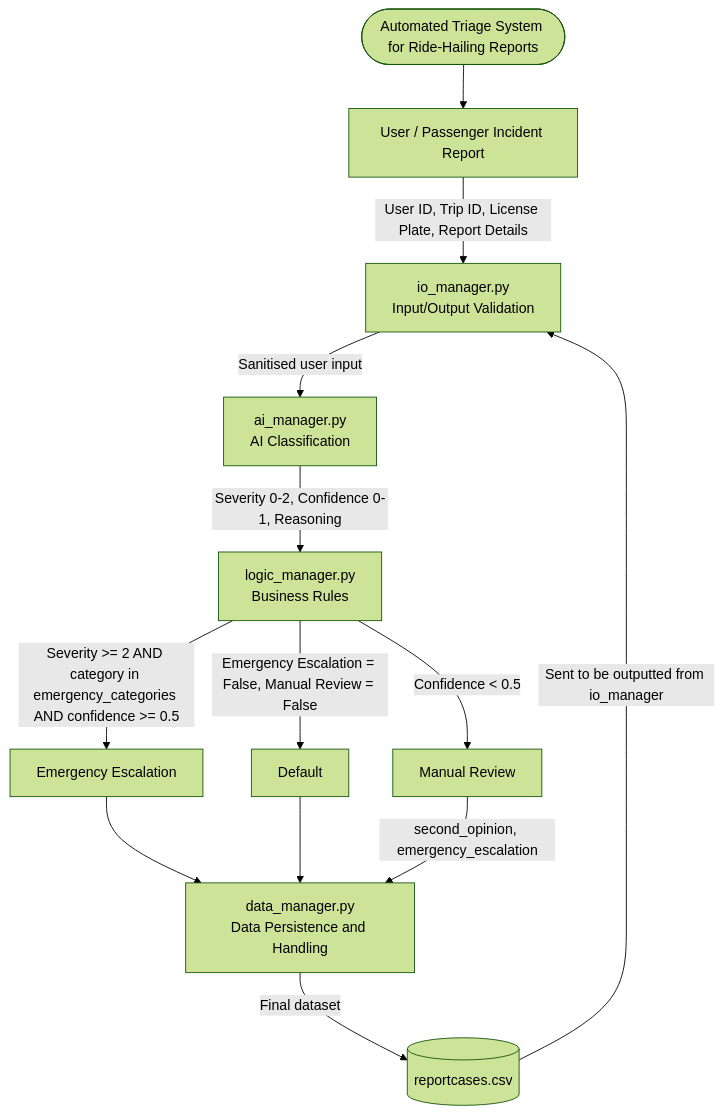
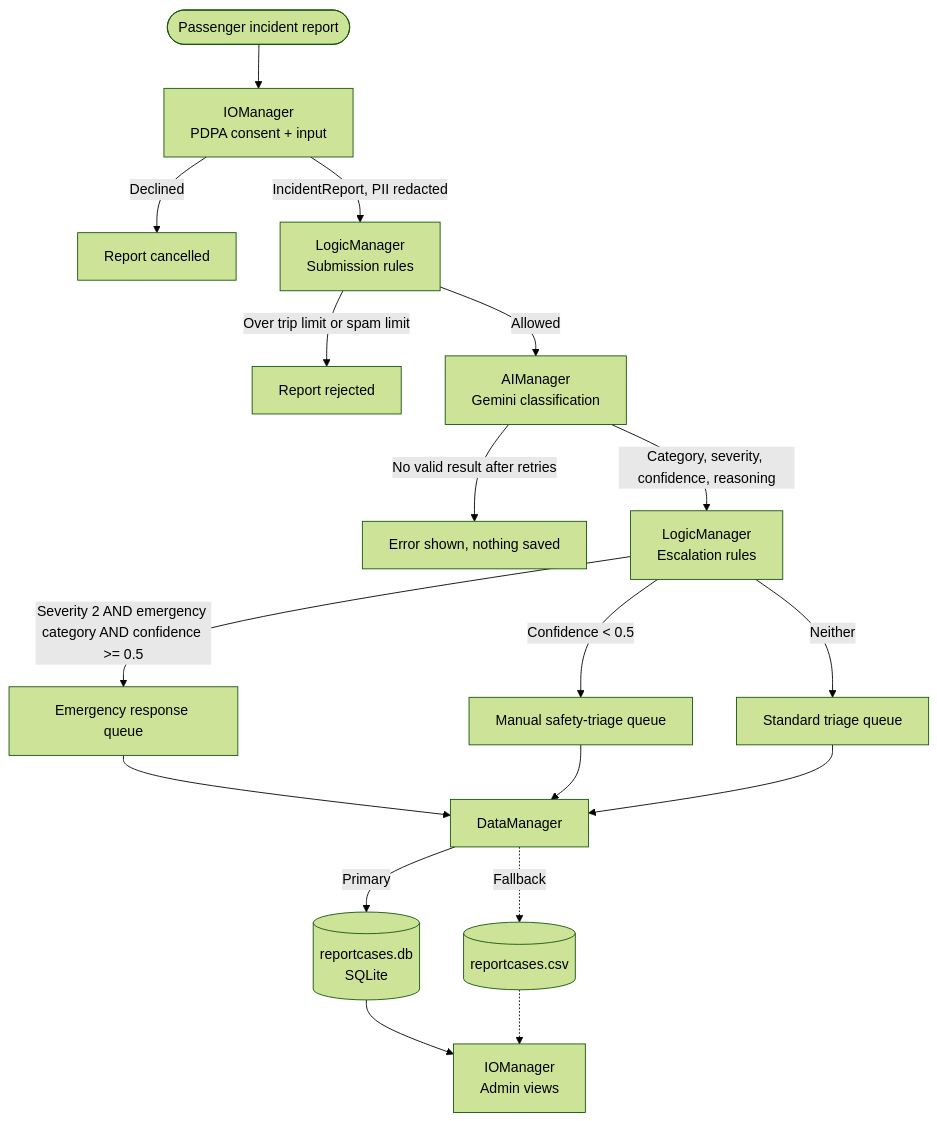
One commit to ayeitsjonny/26INF1103P5-4 changed the first of 2 diagrams in README.md. Above: the diagram before and after it, drawn with Mermaid (forest theme). The commit also changed other lines of this file, not shown here.

````diff
--- a/README.md
+++ b/README.md
@@ -138,15 +198,20 @@
 ```mermaid
 flowchart TD
-    A([Automated Triage System for Ride-Hailing Reports]) --> B[User / Passenger Incident Report]
-    B -->|User ID, Trip ID, License Plate, Report Details| C[io_manager.py<br/>Input/Output Validation]
-    C -->|Sanitised user input| D[ai_manager.py<br/>AI Classification]
-    D -->|Severity 0-2, Confidence 0-1, Reasoning| E[logic_manager.py<br/>Business Rules]
-    E -->|Severity >= 2 AND category in emergency_categories AND confidence >= 0.5| F[Emergency Escalation]
-    E -->|Emergency Escalation = False, Manual Review = False| G[Default]
-    E -->|Confidence < 0.5| H[Manual Review]
-    F --> I[data_manager.py<br/>Data Persistence and Handling]
+    A([Passenger incident report]) --> B[IOManager<br/>PDPA consent + input]
+    B -->|Declined| X[Report cancelled]
+    B -->|IncidentReport, PII redacted| C[LogicManager<br/>Submission rules]
+    C -->|Over trip limit or spam limit| Y[Report rejected]
+    C -->|Allowed| D[AIManager<br/>Gemini classification]
+    D -->|No valid result after retries| Z[Error shown, nothing saved]
+    D -->|Category, severity, confidence, reasoning| E[LogicManager<br/>Escalation rules]
+    E -->|Severity 2 AND emergency category AND confidence >= 0.5| F[Emergency response queue]
+    E -->|Confidence < 0.5| G[Manual safety-triage queue]
+    E -->|Neither| H[Standard triage queue]
+    F --> I[DataManager]
     G --> I
-    H -->|second_opinion, emergency_escalation| I
-    I -->|Final dataset| J[(reportcases.csv)]
-    J -->|Sent to be outputted from io_manager| C
+    H --> I
+    I -->|Primary| J[(reportcases.db<br/>SQLite)]
+    I -.->|Fallback| K[(reportcases.csv)]
+    J --> L[IOManager<br/>Admin views]
+    K -.-> L
 ```
````
